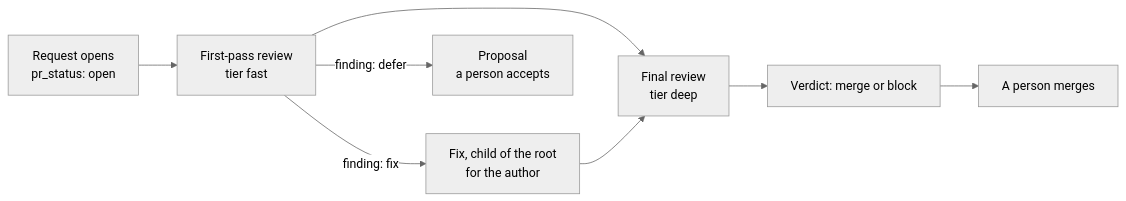
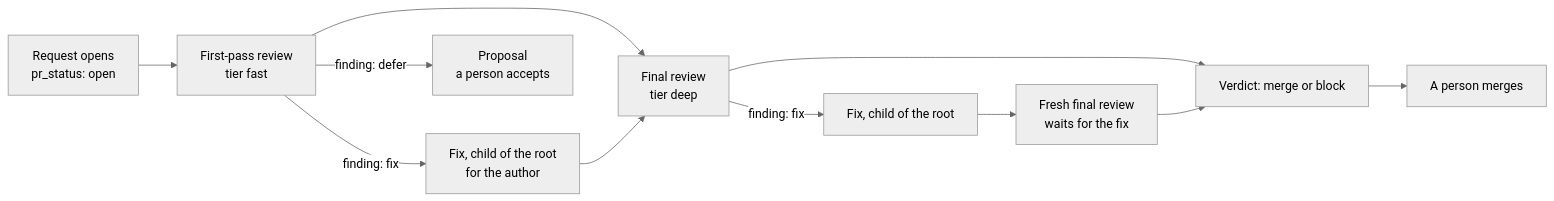
The third of 3 diagrams in docs/work-tracker.md (GetFelix/KBL), drawn with Mermaid (neutral theme) before and after one commit. The commit also changed other lines of this file and 10 other files, not shown here.

Commit message:
review: an author passed over in a mixed lane stops polling it; a fix from the final review makes a fresh final review; the golden folds the review records

````diff
--- a/docs/work-tracker.md
+++ b/docs/work-tracker.md
@@ -539,10 +539,13 @@
 ```mermaid
 flowchart LR
     PR[Request opens<br/>pr_status: open] --> F[First-pass review<br/>tier fast]
     F -->|finding: fix| X[Fix, child of the root<br/>for the author]
     F -->|finding: defer| D[Proposal<br/>a person accepts]
     F --> L[Final review<br/>tier deep]
     X --> L
+    L -->|finding: fix| X2[Fix, child of the root]
+    X2 --> L2[Fresh final review<br/>waits for the fix]
     L --> V[Verdict: merge or block]
+    L2 --> V
     V --> P[A person merges]
 ```
````
